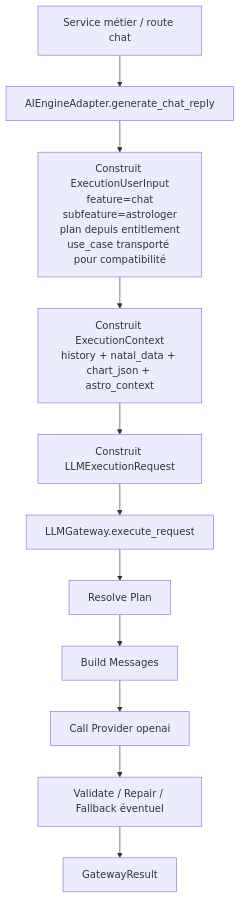
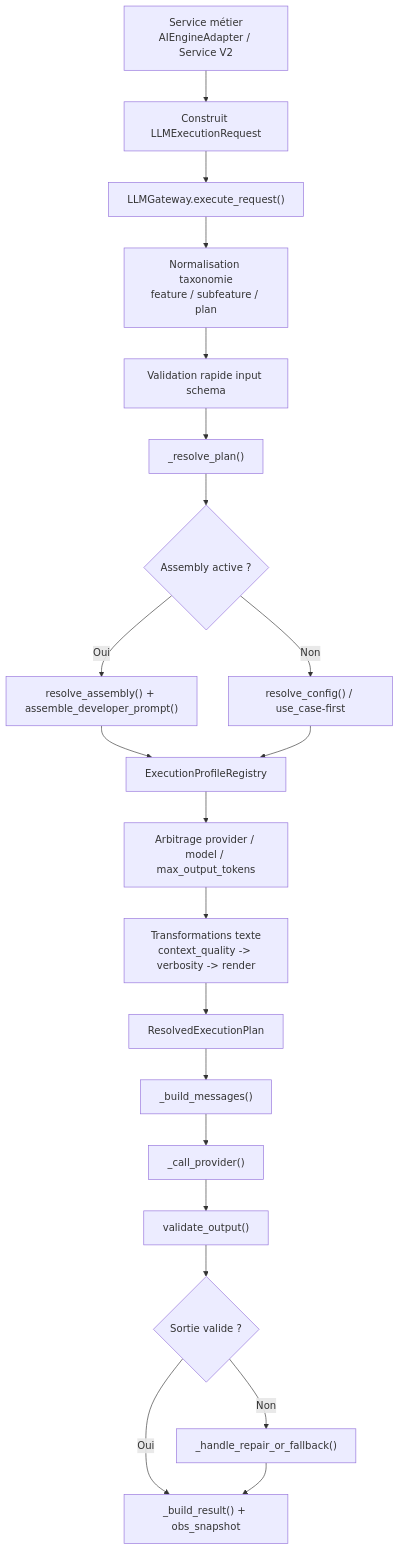
One commit to daconrilcy/horoscope_front changed the first of 6 diagrams in docs/llm-prompt-generation-by-feature.md. Above: the diagram before and after it, drawn with Mermaid. The commit also changed other lines of this file and 32 other files, not shown here.

Commit message:
feat(llm): story 66.27 - propagate context_quality_handled_by_template to observability

````diff
--- a/docs/llm-prompt-generation-by-feature.md
+++ b/docs/llm-prompt-generation-by-feature.md
@@ -194,13 +57,26 @@
 ```mermaid
 flowchart TD
-    A["Service métier / route chat"] --> B["AIEngineAdapter.generate_chat_reply"]
-    B --> C["Construit ExecutionUserInput<br/>feature=chat<br/>subfeature=astrologer<br/>plan depuis entitlement<br/>use_case transporté pour compatibilité"]
-    C --> D["Construit ExecutionContext<br/>history + natal_data + chart_json + astro_context"]
-    D --> E["Construit LLMExecutionRequest"]
-    E --> F["LLMGateway.execute_request"]
-    F --> G["Resolve Plan"]
-    G --> H["Build Messages"]
-    H --> I["Call Provider openai"]
-    I --> J["Validate / Repair / Fallback éventuel"]
-    J --> K["GatewayResult"]
+    A["Service métier<br/>AIEngineAdapter / Service V2"] --> B["Construit LLMExecutionRequest"]
+    B --> C["LLMGateway.execute_request()"]
+    C --> D["Normalisation taxonomie<br/>feature / subfeature / plan"]
+    D --> E["Validation rapide input schema"]
+    E --> F["_resolve_plan()"]
+
+    F --> G{"Assembly active ?"}
+    G -->|Oui| H["resolve_assembly() + assemble_developer_prompt()"]
+    G -->|Non| I["resolve_config() / use_case-first"]
+
+    H --> J["ExecutionProfileRegistry"]
+    I --> J
+
+    J --> K["Arbitrage provider / model / max_output_tokens"]
+    K --> L["Transformations texte<br/>context_quality -> verbosity -> render"]
+    L --> M["ResolvedExecutionPlan"]
+    M --> N["_build_messages()"]
+    N --> O["_call_provider()"]
+    O --> P["validate_output()"]
+    P --> Q{"Sortie valide ?"}
+    Q -->|Oui| R["_build_result() + obs_snapshot"]
+    Q -->|Non| S["_handle_repair_or_fallback()"]
+    S --> R
 ```
````
